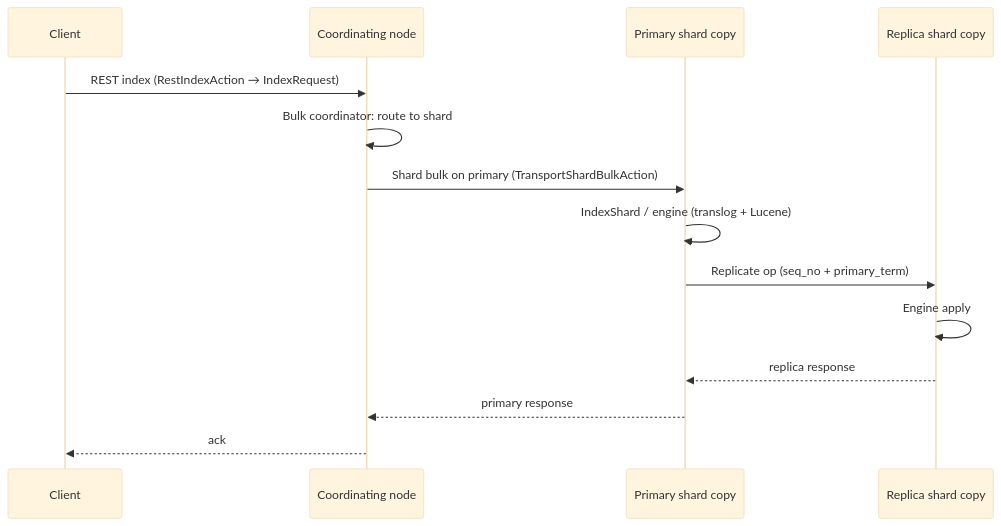
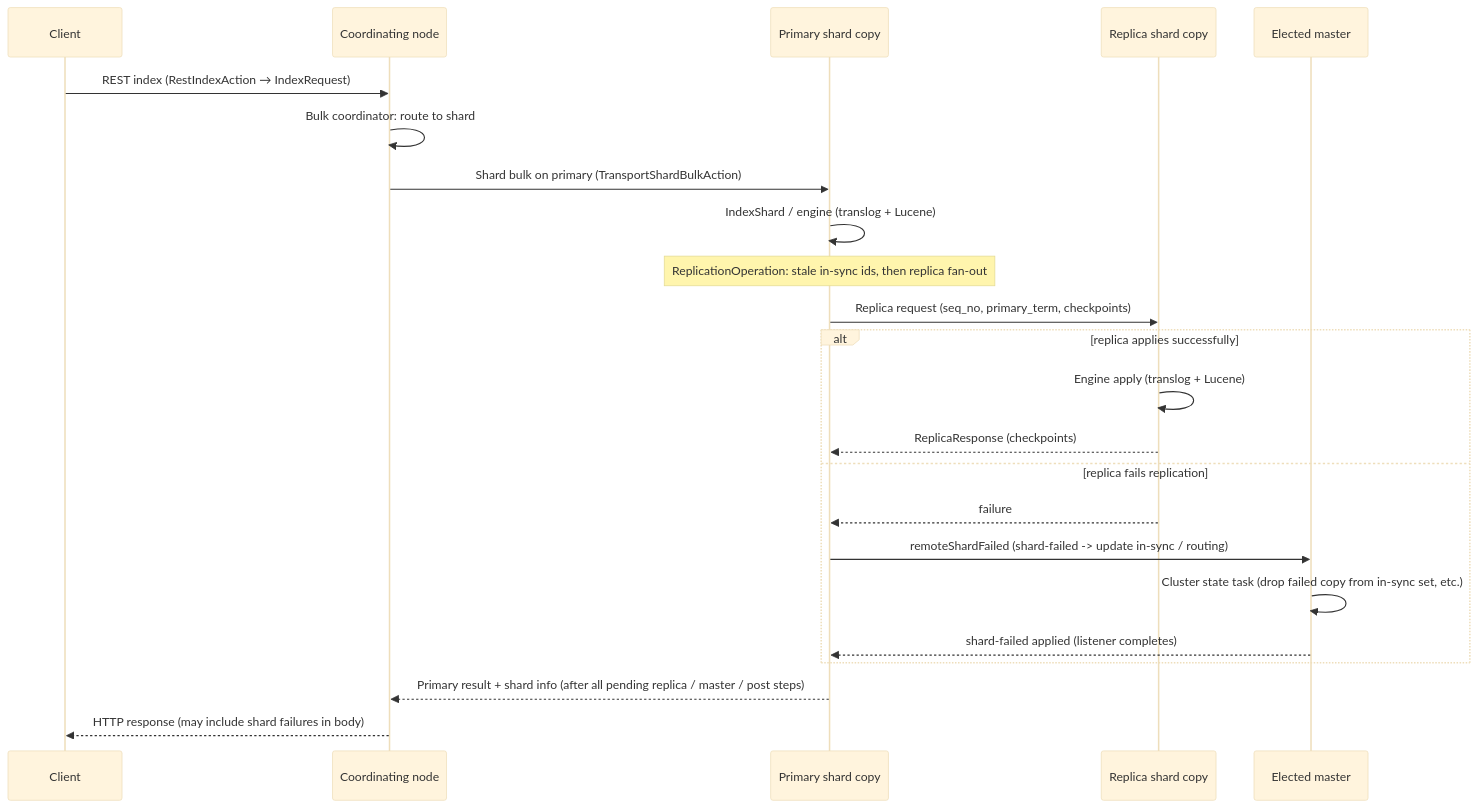
The third of 3 diagrams in docs/internal/DistributedArchitectureGuide.md (elastic/elasticsearch), drawn with Mermaid (base theme) before and after one commit. The commit also changed other lines of this file, not shown here.

Commit message:
Primary routing and execution

````diff
--- a/docs/internal/DistributedArchitectureGuide.md
+++ b/docs/internal/DistributedArchitectureGuide.md
@@ -2686,17 +2741,26 @@
 ```mermaid
 sequenceDiagram
     participant C as Client
     participant CN as Coordinating node
     participant P as Primary shard copy
     participant R as Replica shard copy
+    participant M as Elected master
 
     C->>CN: REST index (RestIndexAction → IndexRequest)
     CN->>CN: Bulk coordinator: route to shard
     CN->>P: Shard bulk on primary (TransportShardBulkAction)
     P->>P: IndexShard / engine (translog + Lucene)
-    P->>R: Replicate op (seq_no + primary_term)
-    R->>R: Engine apply
-    R-->>P: replica response
-    P-->>CN: primary response
-    CN-->>C: ack
+    Note over P: ReplicationOperation: stale in-sync ids, then replica fan-out
+    P->>R: Replica request (seq_no, primary_term, checkpoints)
+    alt replica applies successfully
+        R->>R: Engine apply (translog + Lucene)
+        R-->>P: ReplicaResponse (checkpoints)
+    else replica fails replication
+        R-->>P: failure
+        P->>M: remoteShardFailed (shard-failed -> update in-sync / routing)
+        M->>M: Cluster state task (drop failed copy from in-sync set, etc.)
+        M-->>P: shard-failed applied (listener completes)
+    end
+    P-->>CN: Primary result + shard info (after all pending replica / master / post steps)
+    CN-->>C: HTTP response (may include shard failures in body)
 ```
````
